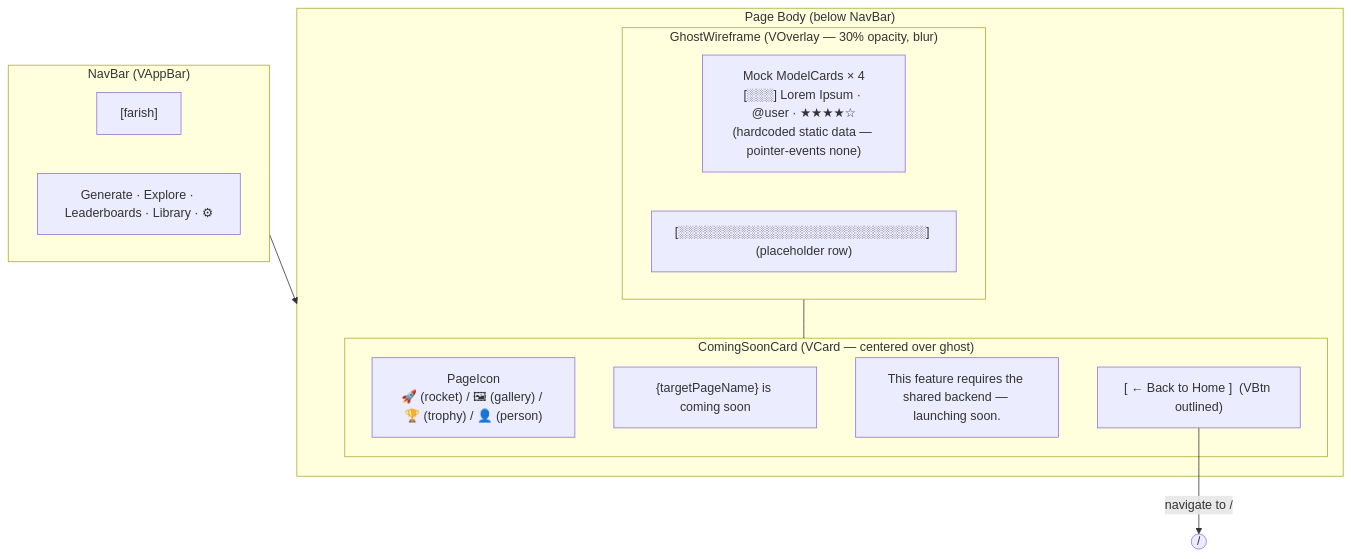
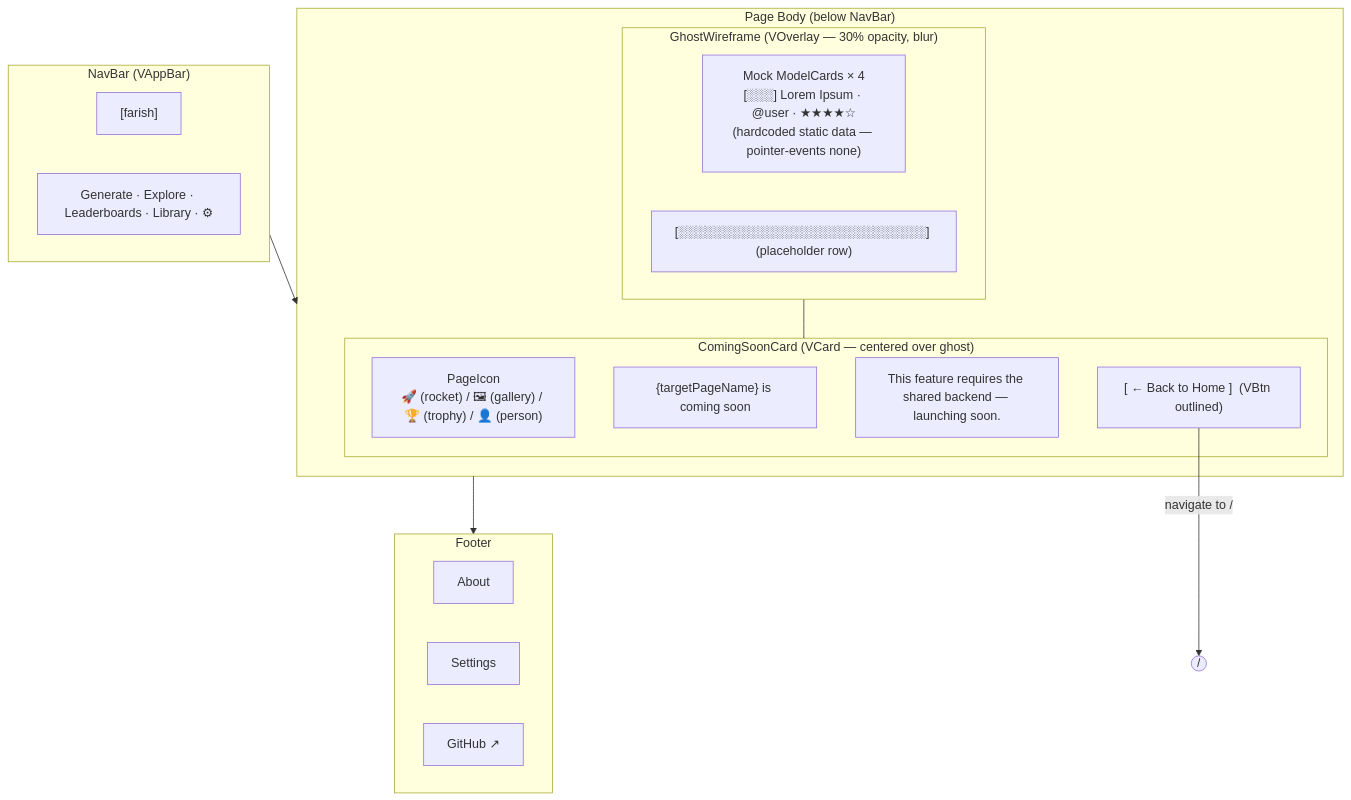
The diagram in docs/pages/coming-soon/wireframes/page.mermaid.md (nsheaps/farish), drawn with Mermaid before and after one commit. The commit also changed other lines of this file and 30 other files, not shown here.

First line of the commit message:
docs(pages): step-16 cross-page validation — global footer, nav consistency fixes

````diff
--- a/docs/pages/coming-soon/wireframes/page.mermaid.md
+++ b/docs/pages/coming-soon/wireframes/page.mermaid.md
@@ -3,25 +3,32 @@
 ```mermaid
 flowchart TB
     subgraph NavBar["NavBar (VAppBar)"]
         Logo["[farish]"]
         NavLinks["Generate · Explore · Leaderboards · Library · ⚙"]
     end
 
     subgraph PageBody["Page Body (below NavBar)"]
         subgraph GhostWireframe["GhostWireframe (VOverlay — 30% opacity, blur)"]
             GhostCards["Mock ModelCards × 4\n[░░░] Lorem Ipsum · @user · ★★★★☆\n(hardcoded static data — pointer-events none)"]
             GhostRow2["[░░░░░░░░░░░░░░░░░░░░░░░░░░░░] (placeholder row)"]
         end
 
         subgraph ComingSoonOverlay["ComingSoonCard (VCard — centered over ghost)"]
             PageIcon["PageIcon\n🚀 (rocket) / 🖼 (gallery) / 🏆 (trophy) / 👤 (person)"]
             Headline["{targetPageName} is coming soon"]
             Note["This feature requires the shared backend — launching soon."]
             HomeButton["[ ← Back to Home ]  (VBtn outlined)"]
         end
     end
 
+    subgraph Footer["Footer"]
+        AboutLink["About"]
+        SettingsLink["Settings"]
+        GithubLink["GitHub ↗"]
+    end
+
     NavBar --> PageBody
+    PageBody --> Footer
     GhostWireframe --- ComingSoonOverlay
     HomeButton -->|"navigate to /"| HomePage(("/"))
 ```
````
